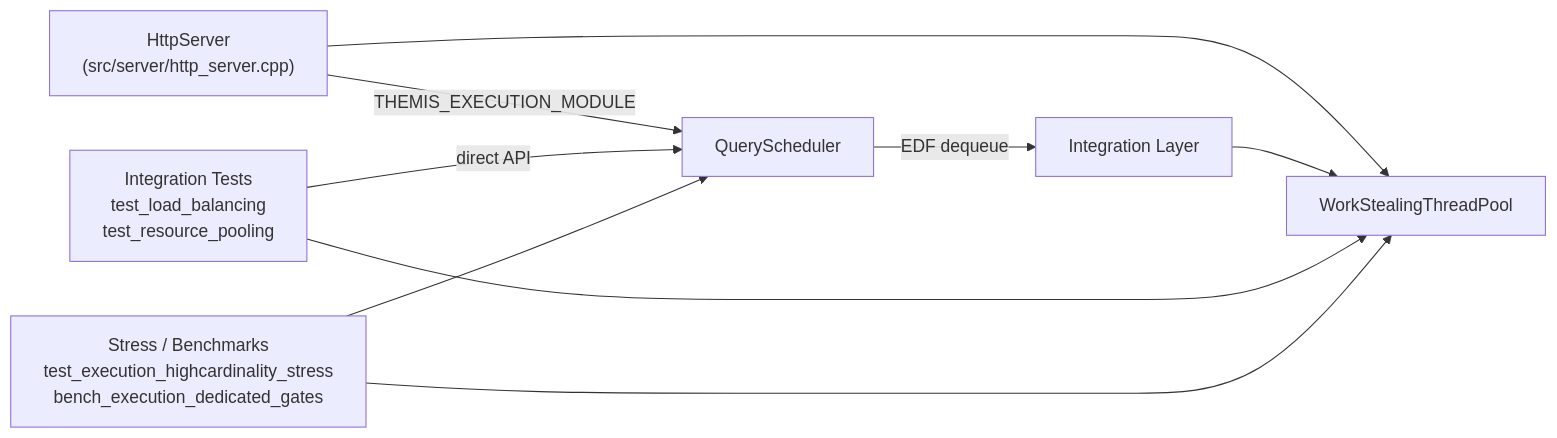
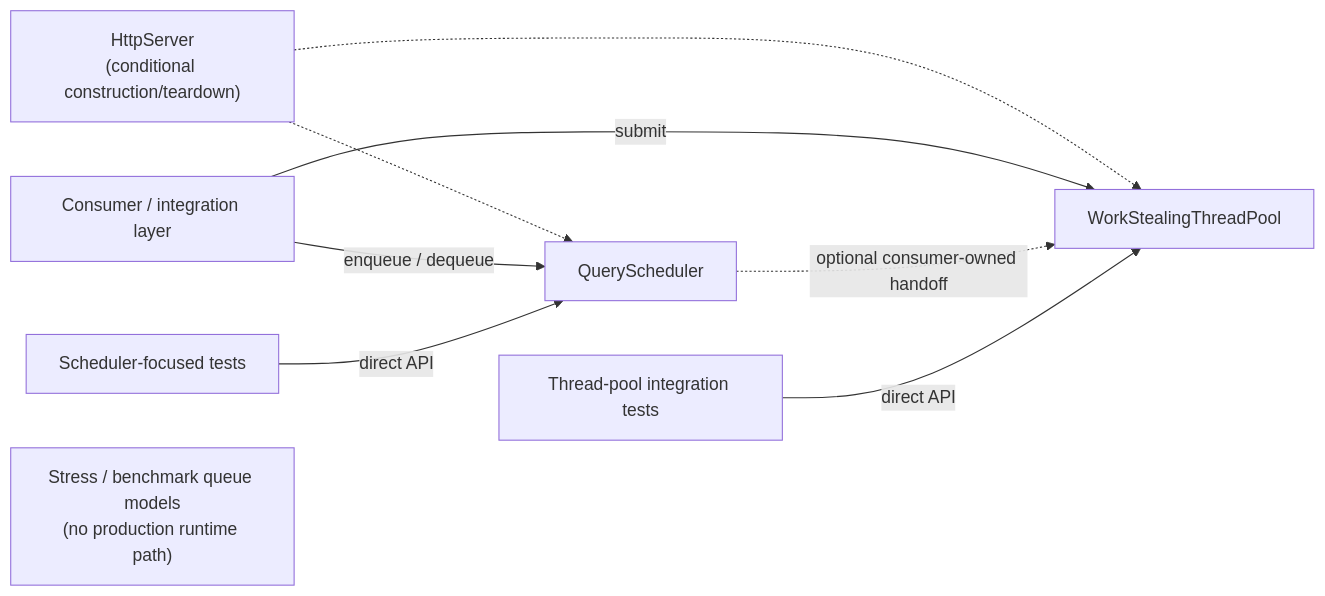
Before and after one commit to makr-code/ThemisDB: the diagram in src/execution/README.md, drawn with Mermaid. The commit also changed other lines of this file and 14 other files, not shown here.

Commit message:
docs(execution): align governance with runtime

````diff
--- a/src/execution/README.md
+++ b/src/execution/README.md
@@ -91,11 +97,11 @@
 ```mermaid
 flowchart LR
-    Server["HttpServer\n(src/server/http_server.cpp)"] -->|"THEMIS_EXECUTION_MODULE"| QS["QueryScheduler"]
-    Server --> TP["WorkStealingThreadPool"]
-    QS -->|"EDF dequeue"| IL["Integration Layer"]
-    IL --> TP
-    IT["Integration Tests\ntest_load_balancing\ntest_resource_pooling"] -->|"direct API"| QS
-    IT --> TP
-    ST["Stress / Benchmarks\ntest_execution_highcardinality_stress\nbench_execution_dedicated_gates"] --> QS
-    ST --> TP
+    Server["HttpServer\n(conditional construction/teardown)"] -.-> QS["QueryScheduler"]
+    Server -.-> TP["WorkStealingThreadPool"]
+    Caller["Consumer / integration layer"] -->|"enqueue / dequeue"| QS
+    Caller -->|"submit"| TP
+    QS -.->|"optional consumer-owned handoff"| TP
+    IT["Scheduler-focused tests"] -->|"direct API"| QS
+    POOL_TEST["Thread-pool integration tests"] -->|"direct API"| TP
+    MODEL["Stress / benchmark queue models\n(no production runtime path)"]
 ```
````
